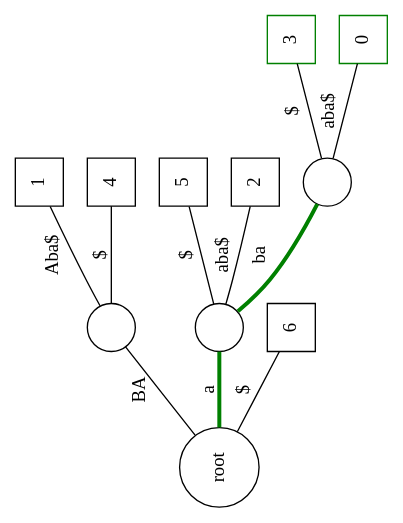
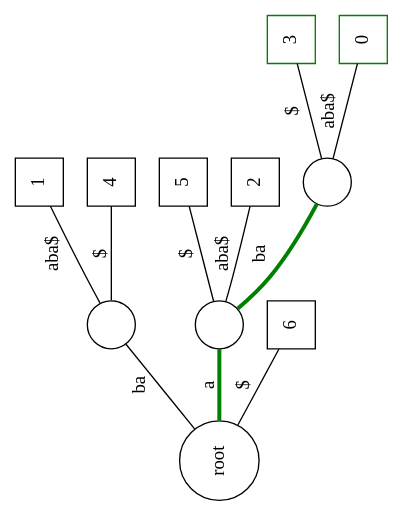
The diagram in graphviz/suffix_tree_5.gv (nekrut/BMMB554), drawn with Graphviz before and after one commit. The commit also changed 3 other files, not shown here.

```diff
--- a/graphviz/suffix_tree_5.gv
+++ b/graphviz/suffix_tree_5.gv
@@ -1,33 +1,33 @@
  graph tree_5 {
  rankdir=LR;
  orientation=landscape;
  size = 10;
 
 1   [shape="circle", label="root"];
 2   [shape="circle", label=""];
 3   [shape="square", label="1"];
 4   [shape="square", label="4"];
 5   [shape="circle", label=""];
 6   [shape="square", label="5"];
 7   [shape="square", label="2"];
 8   [shape="circle", label=""];
 9   [shape="square", label="3", color="green"];
 10  [shape="square", label="0", color="green"];
 11  [shape="square", label="6"];
 
- 1 -- 2 [label="BA"];
- 2 -- 3 [label="Aba$"];
+ 1 -- 2 [label="ba"];
+ 2 -- 3 [label="aba$"];
  2 -- 4 [label="$"];
  
  1 -- 5 [label="a",color="green", penwidth="3.0"];
  5 -- 6 [label="$"];
  5 -- 7 [label="aba$"];
  5 -- 8 [label="ba", color="green", penwidth="3.0"];
  8 -- 9 [label="$"];
  8 -- 10 [label="aba$"];
 
  1 -- 11 [label="$"];
  
   
 
  }
```
